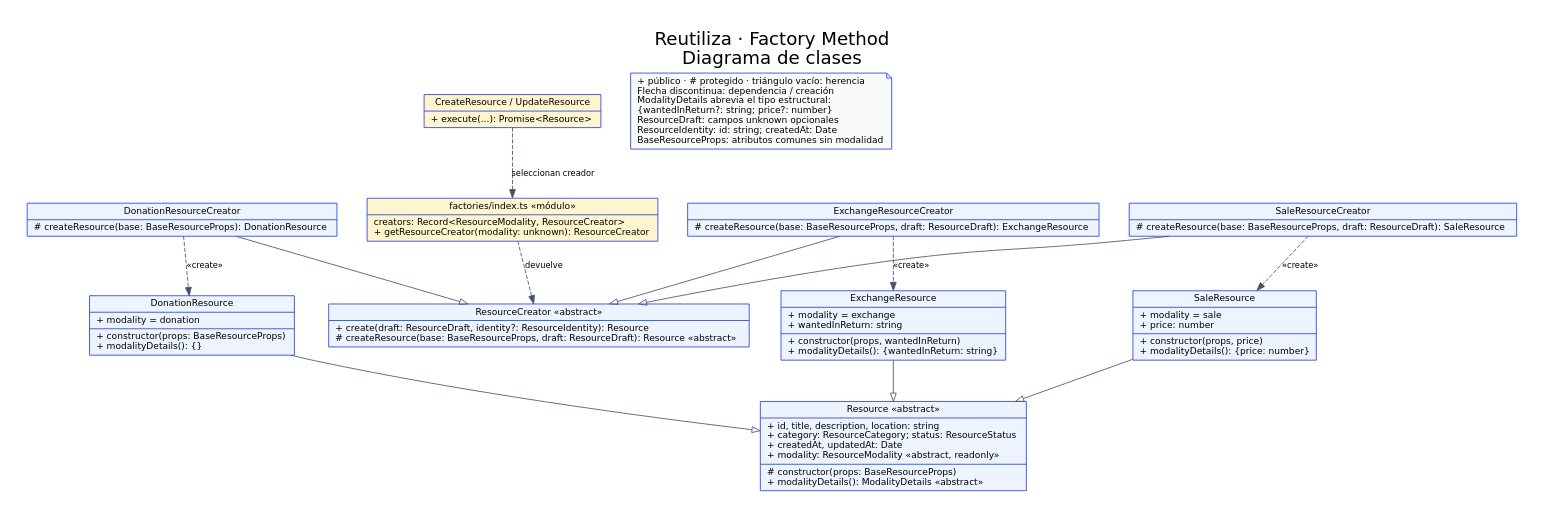
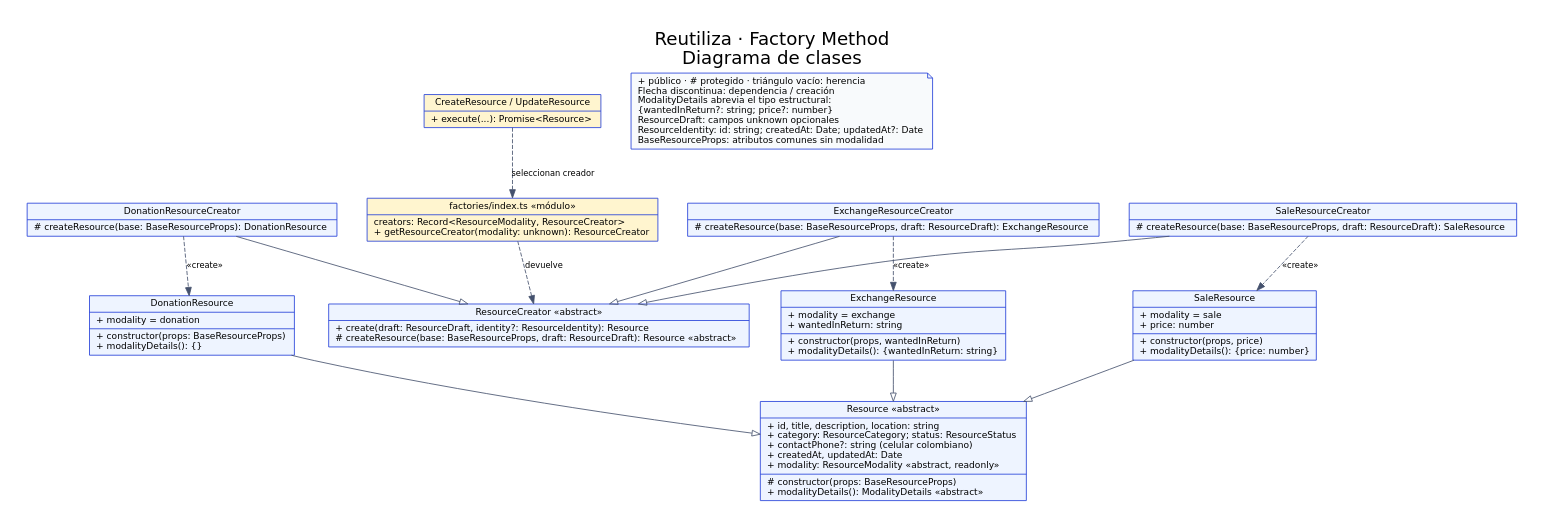
One commit to Morenosebas/reto-3 changed the diagram in docs/uml/factory-method.dot. Above: the diagram before and after it, drawn with Graphviz. The commit also changed 72 other files, not shown here.

```diff
--- a/docs/uml/factory-method.dot
+++ b/docs/uml/factory-method.dot
@@ -1,25 +1,25 @@
 digraph FactoryMethod {
  graph [rankdir=TB, bgcolor="white", pad="0.35", nodesep="0.5", ranksep="0.65", label="Reutiliza · Factory Method\nDiagrama de clases", labelloc=t, fontsize=22, fontname="DejaVu Sans"];
  node [shape=record, style=filled, fillcolor="#eef4ff", color="#2440d8", fontname="DejaVu Sans", fontsize=11];
  edge [fontname="DejaVu Sans", fontsize=10, color="#44516d"];
  Creator [label="{ResourceCreator «abstract»|+ create(draft: ResourceDraft, identity?: ResourceIdentity): Resource\l# createResource(base: BaseResourceProps, draft: ResourceDraft): Resource «abstract»\l}"];
  DonationCreator [label="{DonationResourceCreator|# createResource(base: BaseResourceProps): DonationResource\l}"];
  ExchangeCreator [label="{ExchangeResourceCreator|# createResource(base: BaseResourceProps, draft: ResourceDraft): ExchangeResource\l}"];
  SaleCreator [label="{SaleResourceCreator|# createResource(base: BaseResourceProps, draft: ResourceDraft): SaleResource\l}"];
- Resource [label="{Resource «abstract»|+ id, title, description, location: string\l+ category: ResourceCategory; status: ResourceStatus\l+ createdAt, updatedAt: Date\l+ modality: ResourceModality «abstract, readonly»\l|# constructor(props: BaseResourceProps)\l+ modalityDetails(): ModalityDetails «abstract»\l}"];
+ Resource [label="{Resource «abstract»|+ id, title, description, location: string\l+ category: ResourceCategory; status: ResourceStatus\l+ contactPhone?: string  (celular colombiano)\l+ createdAt, updatedAt: Date\l+ modality: ResourceModality «abstract, readonly»\l|# constructor(props: BaseResourceProps)\l+ modalityDetails(): ModalityDetails «abstract»\l}"];
  Donation [label="{DonationResource|+ modality = donation\l|+ constructor(props: BaseResourceProps)\l+ modalityDetails(): \{\}\l}"];
  Exchange [label="{ExchangeResource|+ modality = exchange\l+ wantedInReturn: string\l|+ constructor(props, wantedInReturn)\l+ modalityDetails(): \{wantedInReturn: string\}\l}"];
  Sale [label="{SaleResource|+ modality = sale\l+ price: number\l|+ constructor(props, price)\l+ modalityDetails(): \{price: number\}\l}"];
  UseCases [label="{CreateResource / UpdateResource|+ execute(...): Promise\<Resource\>\l}", fillcolor="#fff5cf"];
  Registry [label="{factories/index.ts «módulo»|creators: Record\<ResourceModality, ResourceCreator\>\l+ getResourceCreator(modality: unknown): ResourceCreator\l}", fillcolor="#fff5cf"];
- Notes [shape=note, fillcolor="#f8fafc", label="+ público · # protegido · triángulo vacío: herencia\lFlecha discontinua: dependencia / creación\lModalityDetails abrevia el tipo estructural:\l{wantedInReturn?: string; price?: number}\lResourceDraft: campos unknown opcionales\lResourceIdentity: id: string; createdAt: Date\lBaseResourceProps: atributos comunes sin modalidad\l"];
+ Notes [shape=note, fillcolor="#f8fafc", label="+ público · # protegido · triángulo vacío: herencia\lFlecha discontinua: dependencia / creación\lModalityDetails abrevia el tipo estructural:\l{wantedInReturn?: string; price?: number}\lResourceDraft: campos unknown opcionales\lResourceIdentity: id: string; createdAt: Date; updatedAt?: Date\lBaseResourceProps: atributos comunes sin modalidad\l"];
  DonationCreator -> Creator [arrowhead=empty]; ExchangeCreator -> Creator [arrowhead=empty]; SaleCreator -> Creator [arrowhead=empty];
  Donation -> Resource [arrowhead=empty]; Exchange -> Resource [arrowhead=empty]; Sale -> Resource [arrowhead=empty];
  UseCases -> Registry [style=dashed, label="seleccionan creador"];
  Registry -> Creator [style=dashed, label="devuelve"];
  DonationCreator -> Donation [style=dashed, label="«create»"];
  ExchangeCreator -> Exchange [style=dashed, label="«create»"];
  SaleCreator -> Sale [style=dashed, label="«create»"];
  {rank=same; DonationCreator; ExchangeCreator; SaleCreator}
  {rank=same; Donation; Exchange; Sale}
 }
```
